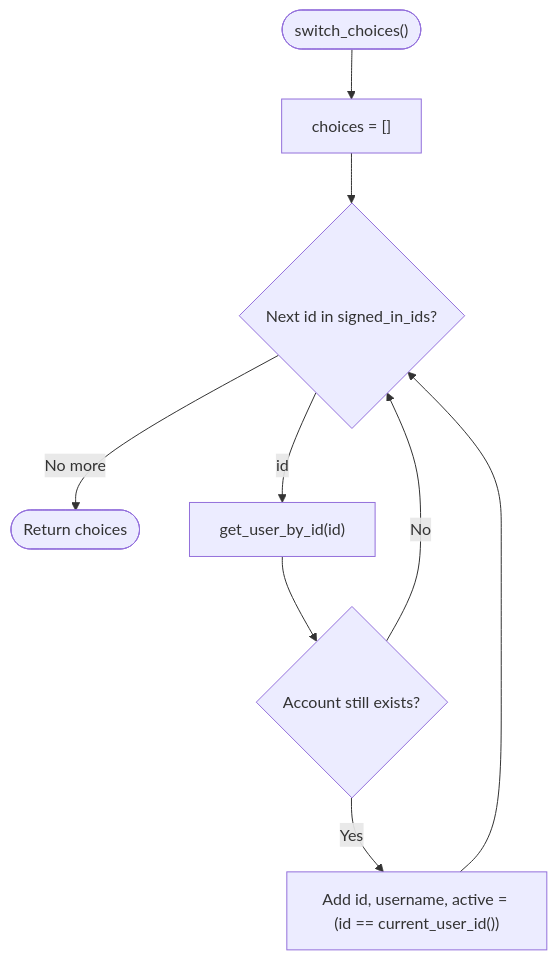
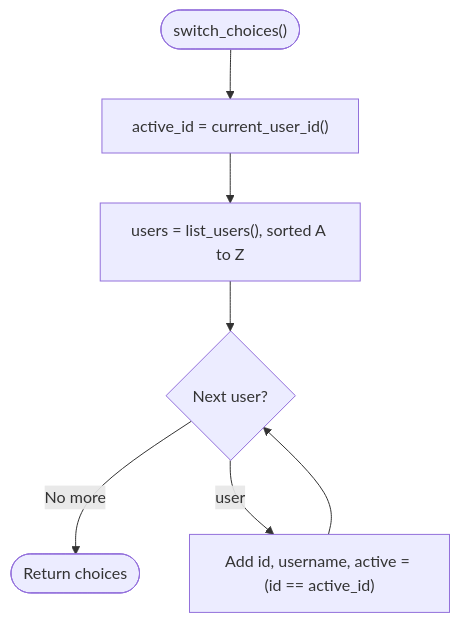
Before and after one commit to GreenDAS/url_shortener: the second of 2 diagrams in docs/specs/user-swap.md, drawn with Mermaid. The commit also changed other lines of this file and 2 other files, not shown here.

````diff
--- a/docs/specs/user-swap.md
+++ b/docs/specs/user-swap.md
@@ -109,11 +79,9 @@
 ```mermaid
 flowchart TD
-    A(["switch_choices()"]) --> B["choices = []"]
-    B --> C{Next id in signed_in_ids?}
-    C -->|No more| Z([Return choices])
-    C -->|id| D["get_user_by_id(id)"]
-    D --> E{Account still exists?}
-    E -->|No| C
-    E -->|Yes| F["Add id, username, active = (id == current_user_id())"]
-    F --> C
+    A(["switch_choices()"]) --> B["active_id = current_user_id()"]
+    B --> C["users = list_users(), sorted A to Z"]
+    C --> D{Next user?}
+    D -->|No more| Z([Return choices])
+    D -->|user| E["Add id, username, active = (id == active_id)"]
+    E --> D
 ```
````
